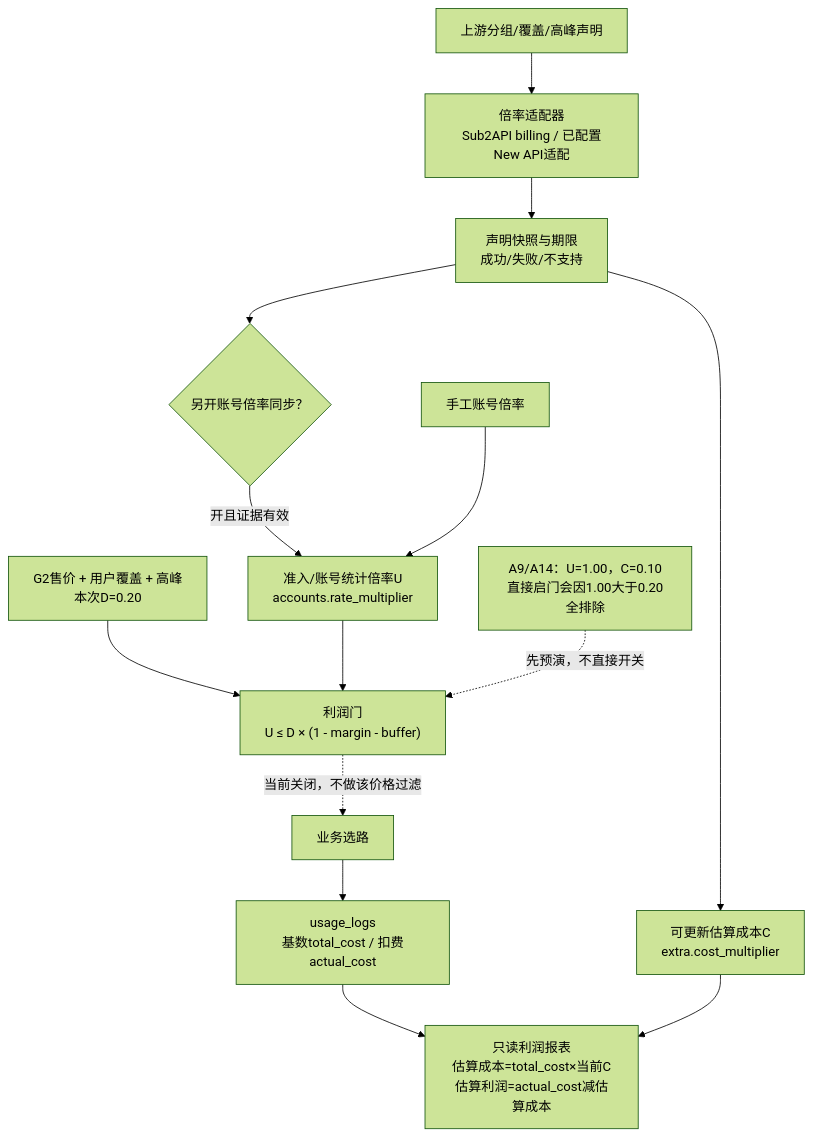
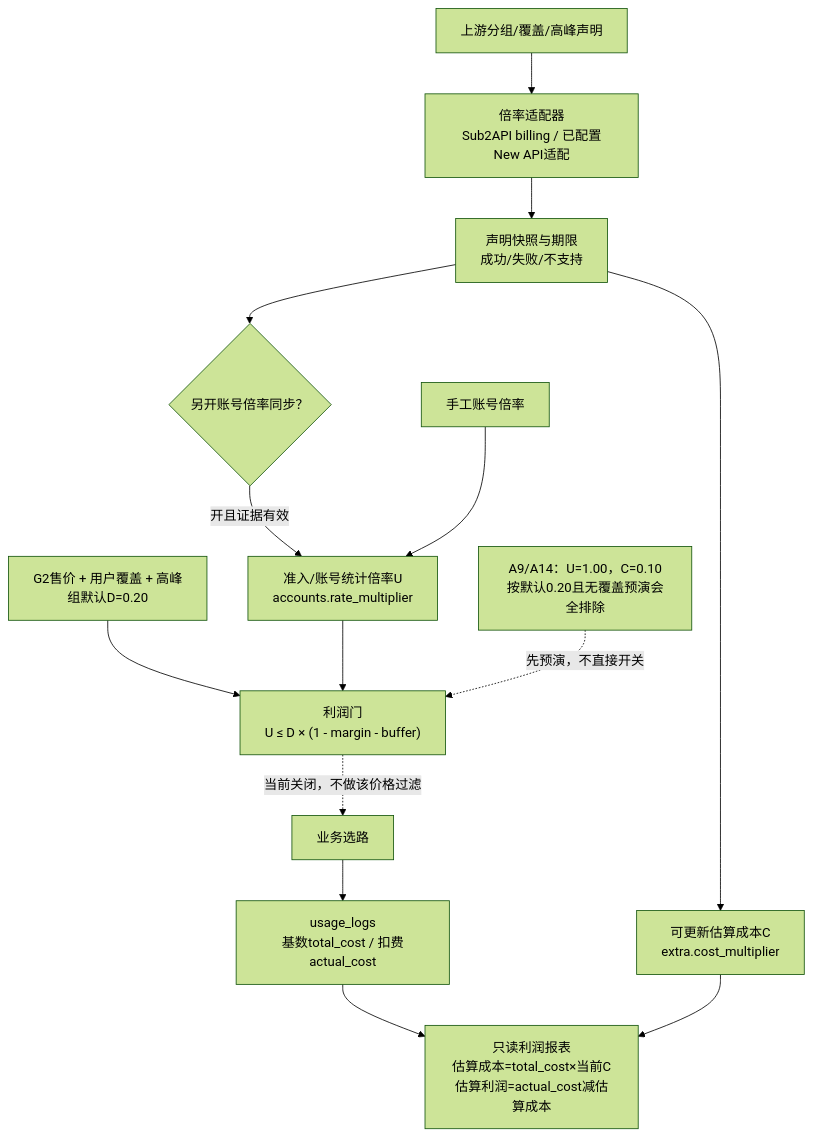
Before and after one commit to a5116107/ransub2api: the fifth of 6 diagrams in docs/project/production-observation-flow.md, drawn with Mermaid (forest theme). The commit also changed other lines of this file and 4 other files, not shown here.

````diff
--- a/docs/project/production-observation-flow.md
+++ b/docs/project/production-observation-flow.md
@@ -178,16 +174,16 @@
 ```mermaid
 flowchart TD
   UP["上游分组/覆盖/高峰声明"] --> PROBE["倍率适配器<br/>Sub2API billing / 已配置New API适配"]
   PROBE --> SNAP["声明快照与期限<br/>成功/失败/不支持"]
   SNAP --> C["可更新估算成本C<br/>extra.cost_multiplier"]
   SNAP --> SYNC{"另开账号倍率同步？"}
   SYNC -- "开且证据有效" --> U["准入/账号统计倍率U<br/>accounts.rate_multiplier"]
   MANUAL["手工账号倍率"] --> U
-  D["G2售价 + 用户覆盖 + 高峰<br/>本次D=0.20"] --> GATE["利润门<br/>U ≤ D × (1 - margin - buffer)"]
+  D["G2售价 + 用户覆盖 + 高峰<br/>组默认D=0.20"] --> GATE["利润门<br/>U ≤ D × (1 - margin - buffer)"]
   U --> GATE
   GATE -. "当前关闭，不做该价格过滤" .-> BIZ["业务选路"]
   BIZ --> USAGE["usage_logs<br/>基数total_cost / 扣费actual_cost"]
   USAGE --> REPORT["只读利润报表<br/>估算成本=total_cost×当前C<br/>估算利润=actual_cost减估算成本"]
   C --> REPORT
-  CAUTION["A9/A14：U=1.00，C=0.10<br/>直接启门会因1.00大于0.20全排除"] -. "先预演，不直接开关" .-> GATE
+  CAUTION["A9/A14：U=1.00，C=0.10<br/>按默认0.20且无覆盖预演会全排除"] -. "先预演，不直接开关" .-> GATE
 ```
````
